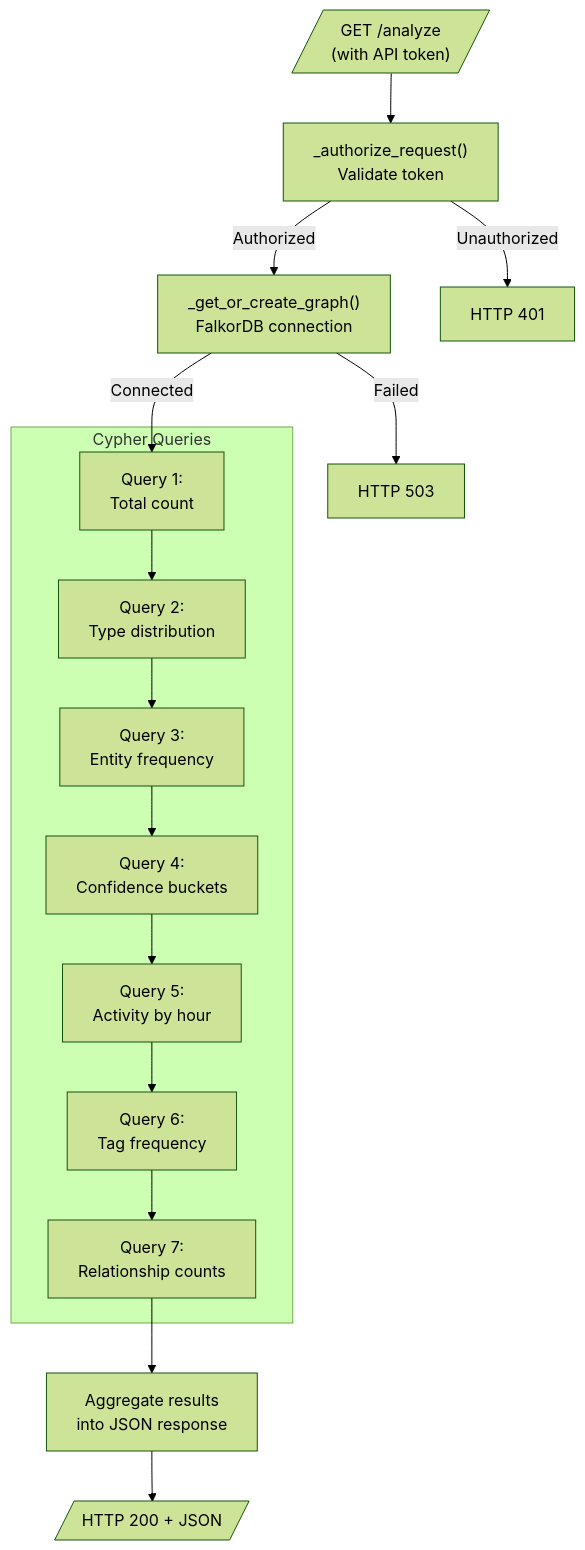
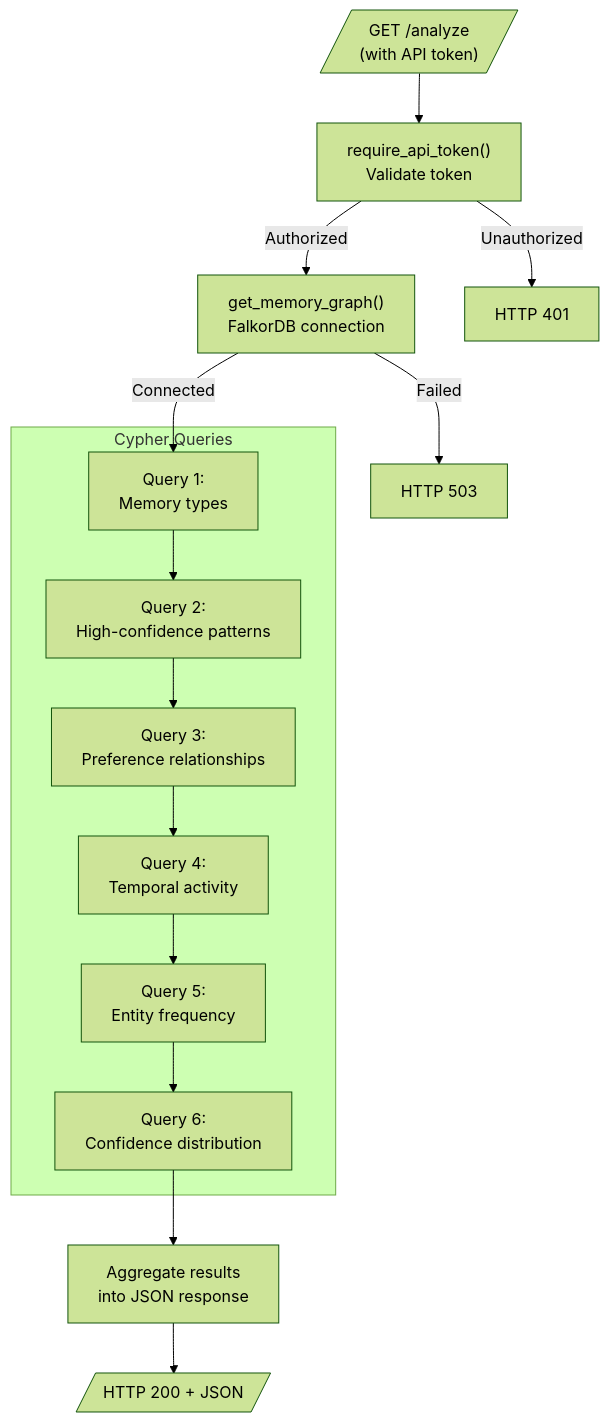
Before and after one commit to verygoodplugins/automem-website: the second of 4 diagrams in src/content/docs/docs/reference/api/health.md, drawn with Mermaid (forest theme). The commit also changed other lines of this file, not shown here.

Commit message:
docs: correct health analytics auth details

````diff
--- a/src/content/docs/docs/reference/api/health.md
+++ b/src/content/docs/docs/reference/api/health.md
@@ -162,34 +164,32 @@
 ```mermaid
 graph TB
     Client[/"GET /analyze<br/>(with API token)"/]
-    Auth["_authorize_request()<br/>Validate token"]
-    Connect["_get_or_create_graph()<br/>FalkorDB connection"]
+    Auth["require_api_token()<br/>Validate token"]
+    Connect["get_memory_graph()<br/>FalkorDB connection"]
 
     subgraph "Cypher Queries"
-        Q1["Query 1:<br/>Total count"]
-        Q2["Query 2:<br/>Type distribution"]
-        Q3["Query 3:<br/>Entity frequency"]
-        Q4["Query 4:<br/>Confidence buckets"]
-        Q5["Query 5:<br/>Activity by hour"]
-        Q6["Query 6:<br/>Tag frequency"]
-        Q7["Query 7:<br/>Relationship counts"]
+        Q1["Query 1:<br/>Memory types"]
+        Q2["Query 2:<br/>High-confidence patterns"]
+        Q3["Query 3:<br/>Preference relationships"]
+        Q4["Query 4:<br/>Temporal activity"]
+        Q5["Query 5:<br/>Entity frequency"]
+        Q6["Query 6:<br/>Confidence distribution"]
     end
 
     Aggregate["Aggregate results<br/>into JSON response"]
     Response[/"HTTP 200 + JSON"/]
 
     Client-->Auth
     Auth-->|Authorized|Connect
     Auth-->|Unauthorized|Abort401["HTTP 401"]
     Connect-->|Connected|Q1
     Connect-->|Failed|Abort503["HTTP 503"]
 
     Q1-->Q2
     Q2-->Q3
     Q3-->Q4
     Q4-->Q5
     Q5-->Q6
-    Q6-->Q7
-    Q7-->Aggregate
+    Q6-->Aggregate
     Aggregate-->Response
 ```
````
